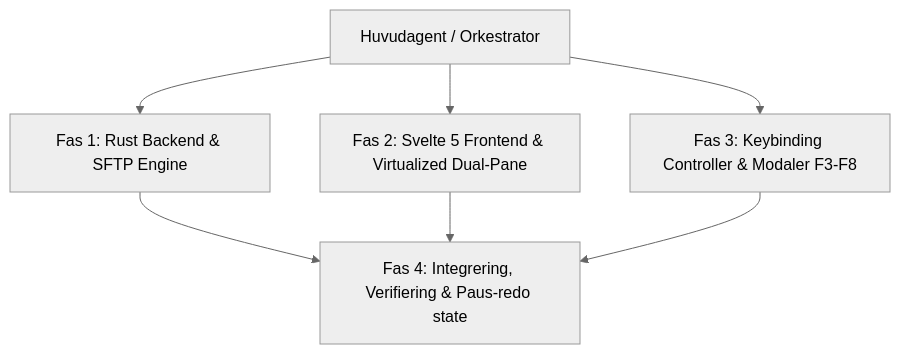
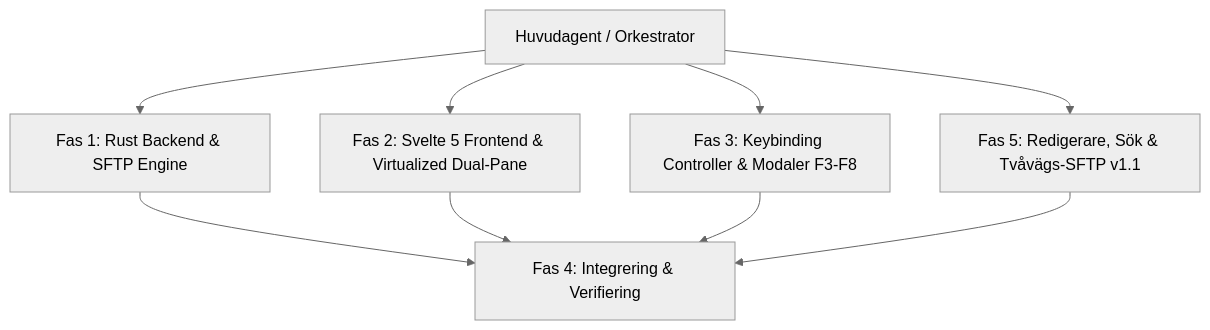
The diagram in rlcommander_plan.md (hansutter-sys/RL-Commander), drawn with Mermaid (neutral theme) before and after one commit. The commit also changed other lines of this file and 12 other files, not shown here.

````diff
--- a/rlcommander_plan.md
+++ b/rlcommander_plan.md
@@ -10,9 +10,11 @@
 ```mermaid
 graph TD
     A[Huvudagent / Orkestrator] --> B[Fas 1: Rust Backend & SFTP Engine]
     A --> C[Fas 2: Svelte 5 Frontend & Virtualized Dual-Pane]
     A --> D[Fas 3: Keybinding Controller & Modaler F3-F8]
-    B --> E[Fas 4: Integrering, Verifiering & Paus-redo state]
-    C --> E
-    D --> E
+    A --> E[Fas 5: Redigerare, Sök & Tvåvägs-SFTP v1.1]
+    B --> F[Fas 4: Integrering & Verifiering]
+    C --> F
+    D --> F
+    E --> F
 ```
````
